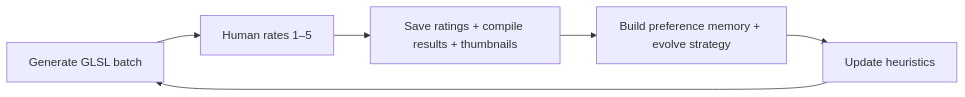
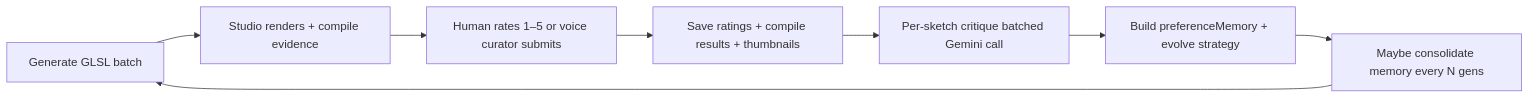
The first of 2 diagrams in README.md (jin-dalrae/shadermind), drawn with Mermaid before and after one commit. The commit also changed other lines of this file and 8 other files, not shown here.

````diff
--- a/README.md
+++ b/README.md
@@ -52,8 +53,10 @@
 ```mermaid
 flowchart LR
-  A[Generate GLSL batch] --> B[Human rates 1–5]
-  B --> C[Save ratings + compile results + thumbnails]
-  C --> D[Build preference memory + evolve strategy]
-  D --> E[Update heuristics]
-  E --> A
+  A[Generate GLSL batch] --> B[Studio renders + compile evidence]
+  B --> C[Human rates 1–5 or voice curator submits]
+  C --> D[Save ratings + compile results + thumbnails]
+  D --> E[Per-sketch critique batched Gemini call]
+  E --> F[Build preferenceMemory + evolve strategy]
+  F --> G[Maybe consolidate memory every N gens]
+  G --> A
 ```
````
